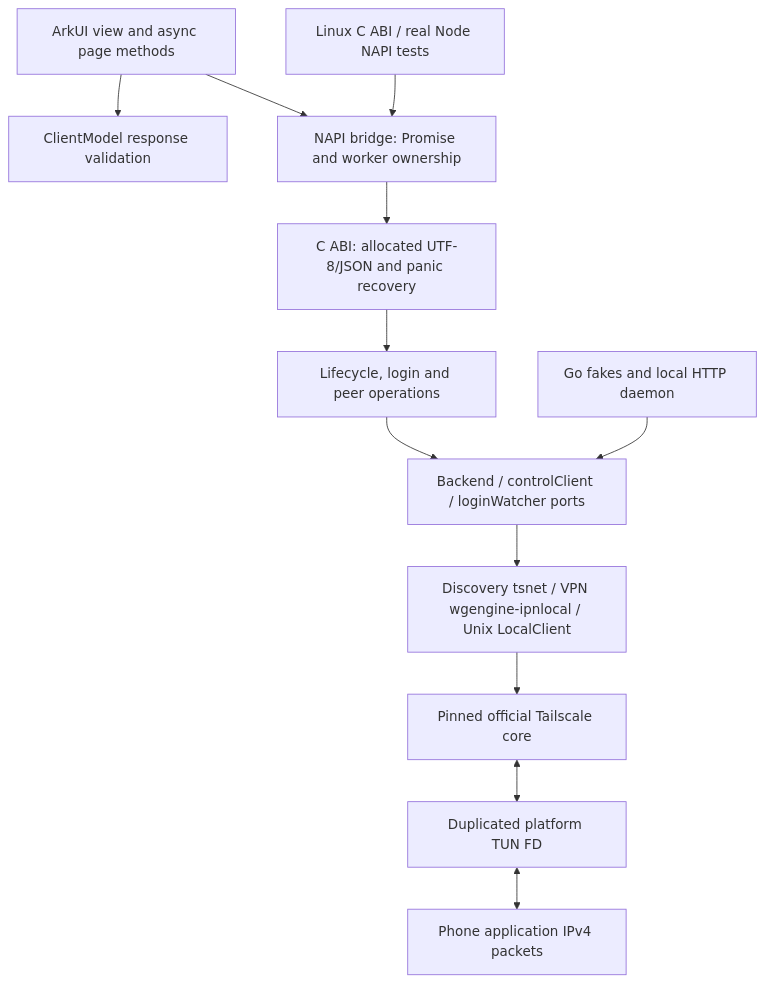
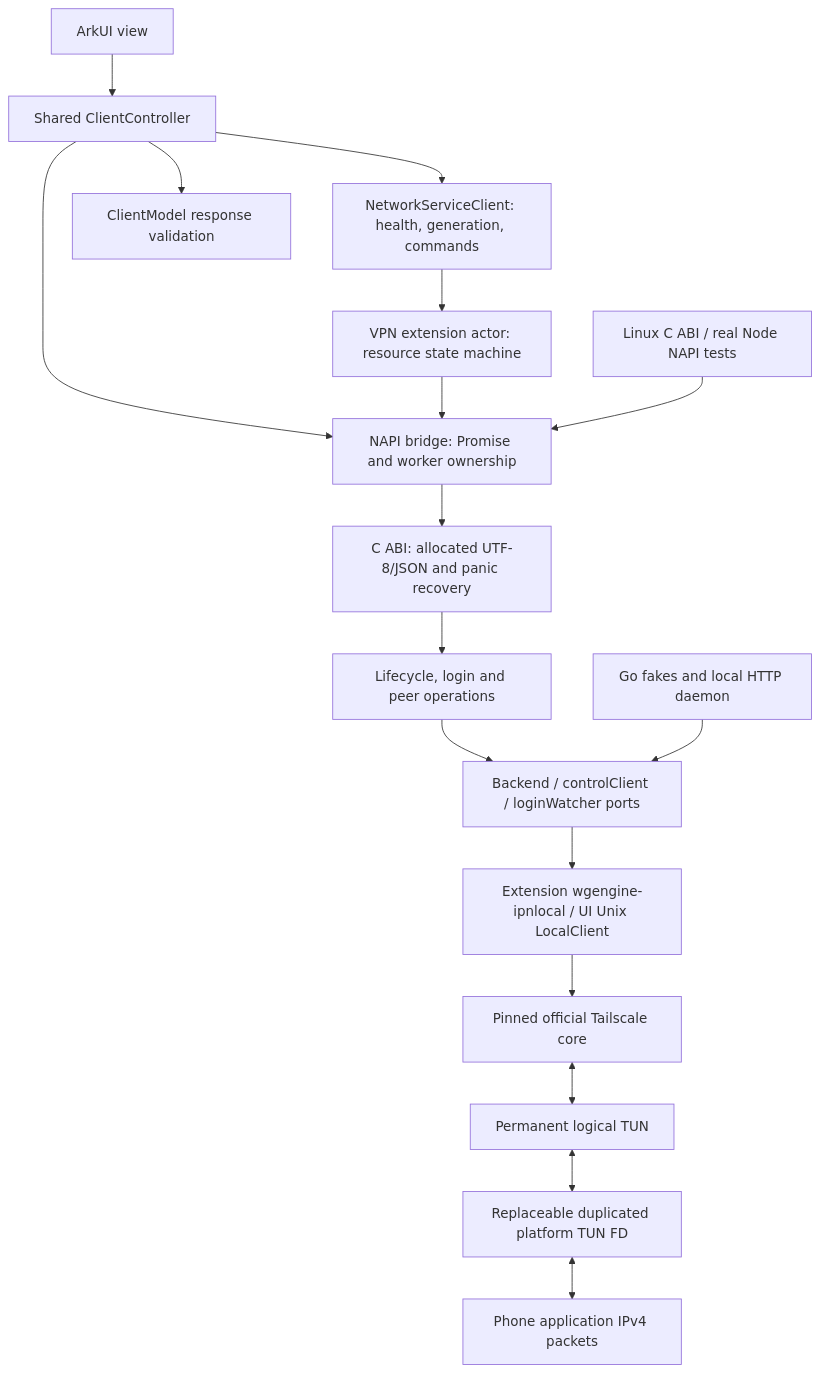
The diagram in docs/architecture.md (iltie165/harmony-tailscale), drawn with Mermaid before and after one commit. The commit also changed other lines of this file and 33 other files, not shown here.

Commit message:
Refactor VPN to extension-owned reusable core and detachable TUN

````diff
--- a/docs/architecture.md
+++ b/docs/architecture.md
@@ -3,14 +3,19 @@
 ```mermaid
 flowchart TD
-  UI[ArkUI view and async page methods] --> Model[ClientModel response validation]
-  UI --> NAPI[NAPI bridge: Promise and worker ownership]
+  UI[ArkUI view] --> Controller[Shared ClientController]
+  Controller --> Client[NetworkServiceClient: health, generation, commands]
+  Client --> Actor[VPN extension actor: resource state machine]
+  Controller --> Model[ClientModel response validation]
+  Controller --> NAPI[NAPI bridge: Promise and worker ownership]
+  Actor --> NAPI
   NAPI --> ABI[C ABI: allocated UTF-8/JSON and panic recovery]
   ABI --> Ops[Lifecycle, login and peer operations]
   Ops --> Ports[Backend / controlClient / loginWatcher ports]
-  Ports --> Adapter[Discovery tsnet / VPN wgengine-ipnlocal / Unix LocalClient]
+  Ports --> Adapter[Extension wgengine-ipnlocal / UI Unix LocalClient]
   Adapter --> TS[Pinned official Tailscale core]
-  TS <--> FD[Duplicated platform TUN FD]
+  TS <--> Switch[Permanent logical TUN]
+  Switch <--> FD[Replaceable duplicated platform TUN FD]
   FD <--> OS[Phone application IPv4 packets]
   Tests[Go fakes and local HTTP daemon] --> Ports
   Host[Linux C ABI / real Node NAPI tests] --> NAPI
 ```
````
